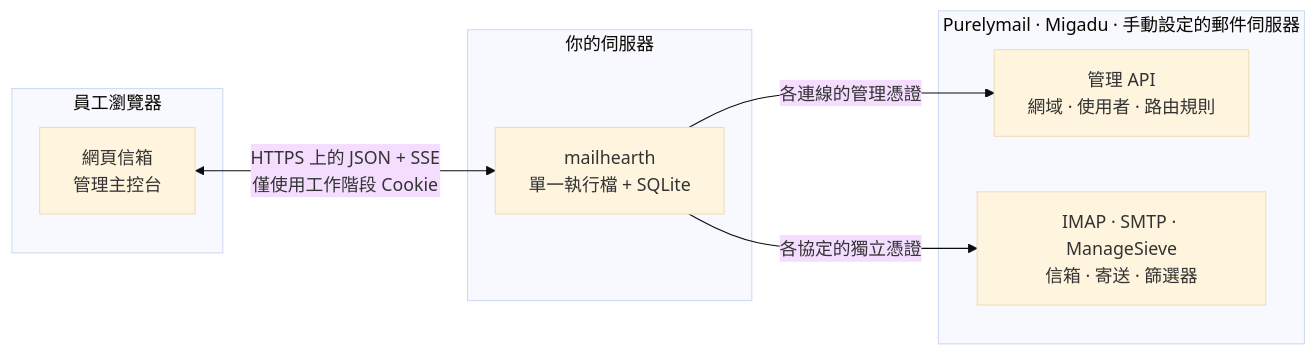
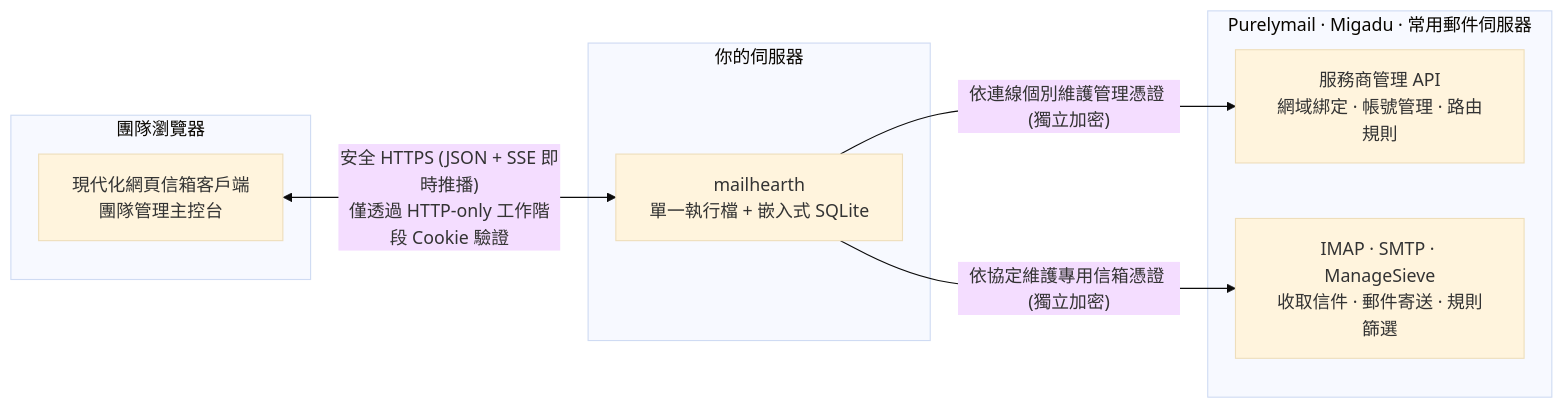
One commit to yll682/Mailhearth changed the diagram in README.zh-TW.md. Above: the diagram before and after it, drawn with Mermaid (base theme). The commit also changed other lines of this file and 41 other files, not shown here.

````diff
--- a/README.zh-TW.md
+++ b/README.zh-TW.md
@@ -9,17 +9,17 @@
 ```mermaid
 flowchart LR
-    subgraph browser["員工瀏覽器"]
-        SPA["網頁信箱<br/>管理主控台"]
+    subgraph browser["團隊瀏覽器"]
+        SPA["現代化網頁信箱客戶端<br/>團隊管理主控台"]
     end
     subgraph host["你的伺服器"]
-        APP["mailhearth<br/>單一執行檔 + SQLite"]
+        APP["mailhearth<br/>單一執行檔 + 嵌入式 SQLite"]
     end
-    subgraph pm["Purelymail · Migadu · 手動設定的郵件伺服器"]
-        API["管理 API<br/>網域 · 使用者 · 路由規則"]
-        MAIL["IMAP · SMTP · ManageSieve<br/>信箱 · 寄送 · 篩選器"]
+    subgraph pm["Purelymail · Migadu · 常用郵件伺服器"]
+        API["服務商管理 API<br/>網域綁定 · 帳號管理 · 路由規則"]
+        MAIL["IMAP · SMTP · ManageSieve<br/>收取信件 · 郵件寄送 · 規則篩選"]
     end
 
-    SPA <-->|"HTTPS 上的 JSON + SSE<br/>僅使用工作階段 Cookie"| APP
-    APP -->|"各連線的管理憑證"| API
-    APP -->|"各協定的獨立憑證"| MAIL
+    SPA <-->|"安全 HTTPS (JSON + SSE 即時推播)<br/>僅透過 HTTP-only 工作階段 Cookie 驗證"| APP
+    APP -->|"依連線個別維護管理憑證 (獨立加密)"| API
+    APP -->|"依協定維護專用信箱憑證 (獨立加密)"| MAIL
 ```
````
